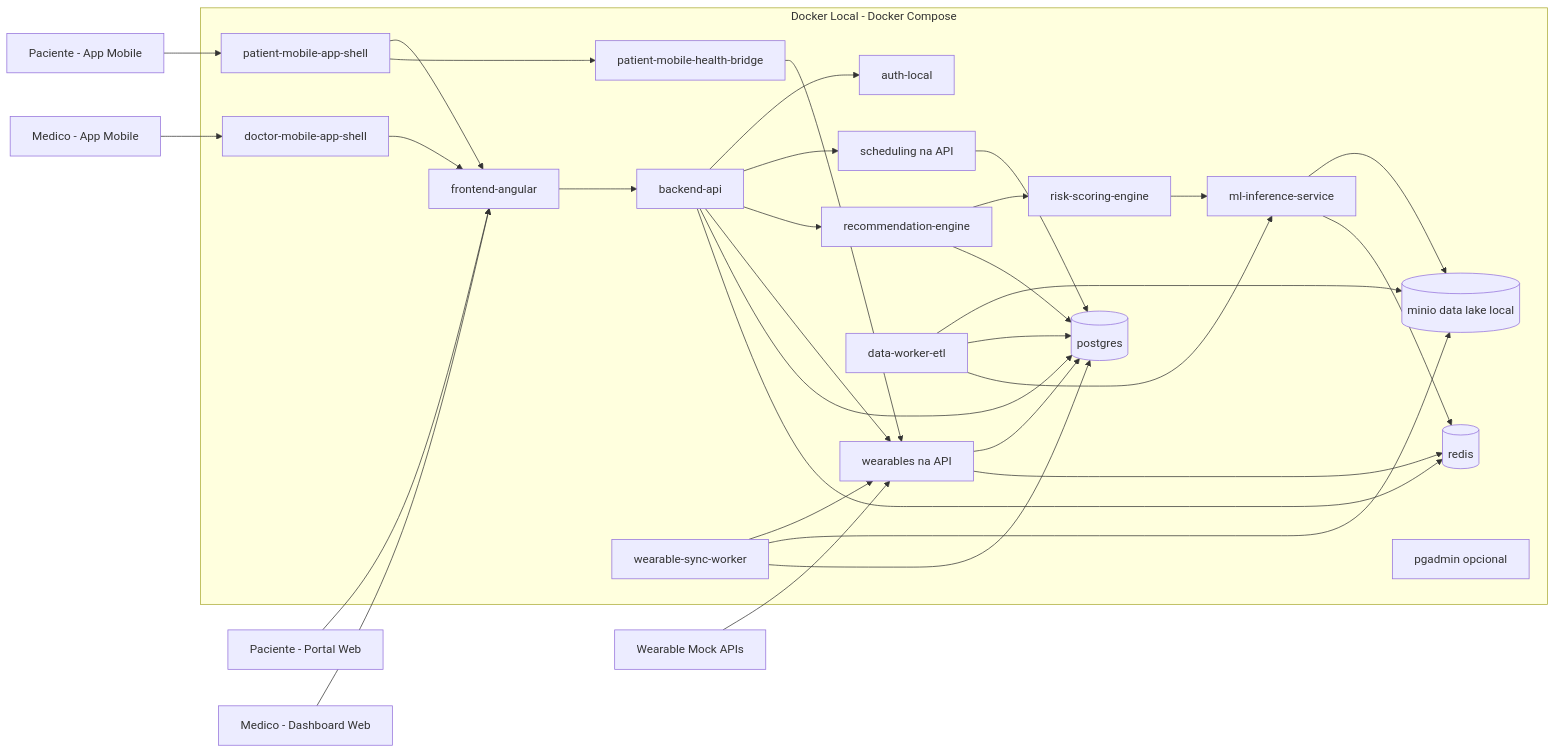
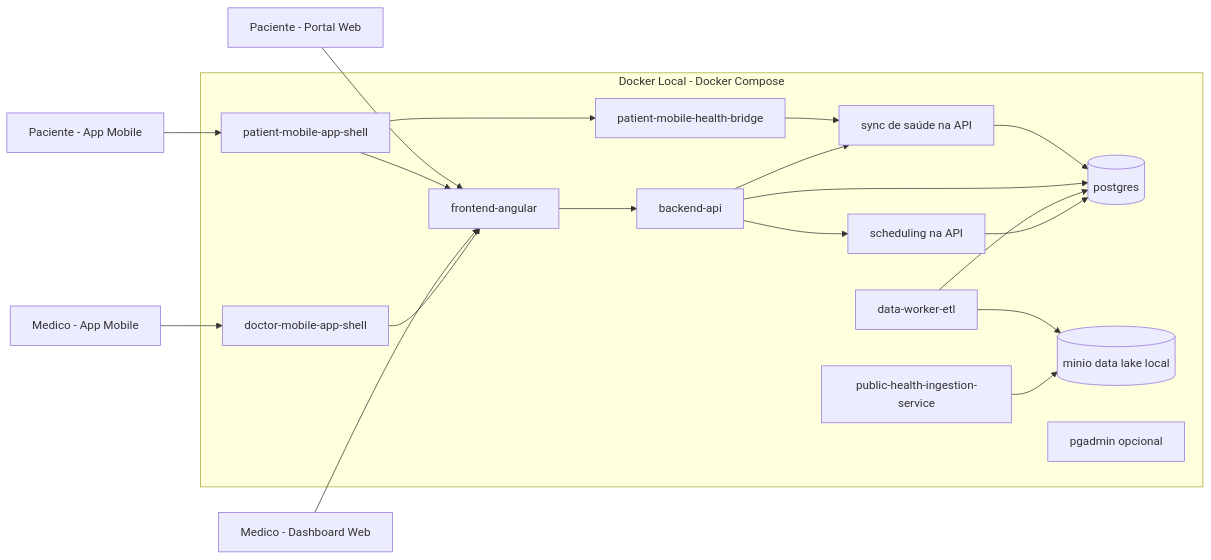
Before and after one commit to ccps1-care-predict/care-plus-ccps1: the diagram in ARQUITETURA CLOUD - MVP LOCAL DOCKER.md, drawn with Mermaid. The commit also changed other lines of this file and 7 other files, not shown here.

````diff
--- a/ARQUITETURA CLOUD - MVP LOCAL DOCKER.md
+++ b/ARQUITETURA CLOUD - MVP LOCAL DOCKER.md
@@ -43,66 +43,43 @@
 ```mermaid
 flowchart LR
 
 PacienteDesktop[Paciente - Portal Web]
 PacienteMobile[Paciente - App Mobile]
 MedicoDesktop[Medico - Dashboard Web]
 MedicoMobile[Medico - App Mobile]
-WearableMock[Wearable Mock APIs]
 
 subgraph DockerHost[Docker Local - Docker Compose]
   Frontend[frontend-angular]
   PatientMobileShell[patient-mobile-app-shell]
   DoctorMobileShell[doctor-mobile-app-shell]
   MobileBridge[patient-mobile-health-bridge]
   API[backend-api]
-  Auth[auth-local]
   Scheduler[scheduling na API]
-  RecEngine[recommendation-engine]
-  RiskEngine[risk-scoring-engine]
-  MLPredict[ml-inference-service]
+  HealthSync[sync de saúde na API]
   Worker[data-worker-etl]
-  WearableConn[wearables na API]
-  WearableSync[wearable-sync-worker]
+  PublicIngestion[public-health-ingestion-service]
   Postgres[(postgres)]
   MinIO[(minio data lake local)]
-  Redis[(redis)]
   PgAdmin[pgadmin opcional]
 end
 
 PacienteDesktop --> Frontend
 PacienteMobile --> PatientMobileShell
 PatientMobileShell --> Frontend
 PatientMobileShell --> MobileBridge
 MedicoDesktop --> Frontend
 MedicoMobile --> DoctorMobileShell
 DoctorMobileShell --> Frontend
-WearableMock --> WearableConn
-MobileBridge --> WearableConn
+MobileBridge --> HealthSync
 
 Frontend --> API
-API --> Auth
 API --> Scheduler
-API --> RecEngine
-RecEngine --> RiskEngine
-RiskEngine --> MLPredict
-
-API --> WearableConn
-WearableConn --> Postgres
-WearableConn --> Redis
-
-WearableSync --> WearableConn
-WearableSync --> MinIO
-WearableSync --> Postgres
+API --> HealthSync
+HealthSync --> Postgres
 
 API --> Postgres
 Worker --> MinIO
 Worker --> Postgres
-Worker --> MLPredict
-
+PublicIngestion --> MinIO
 Scheduler --> Postgres
-RecEngine --> Postgres
-MLPredict --> MinIO
-
-API --> Redis
-MLPredict --> Redis
 ```
````
